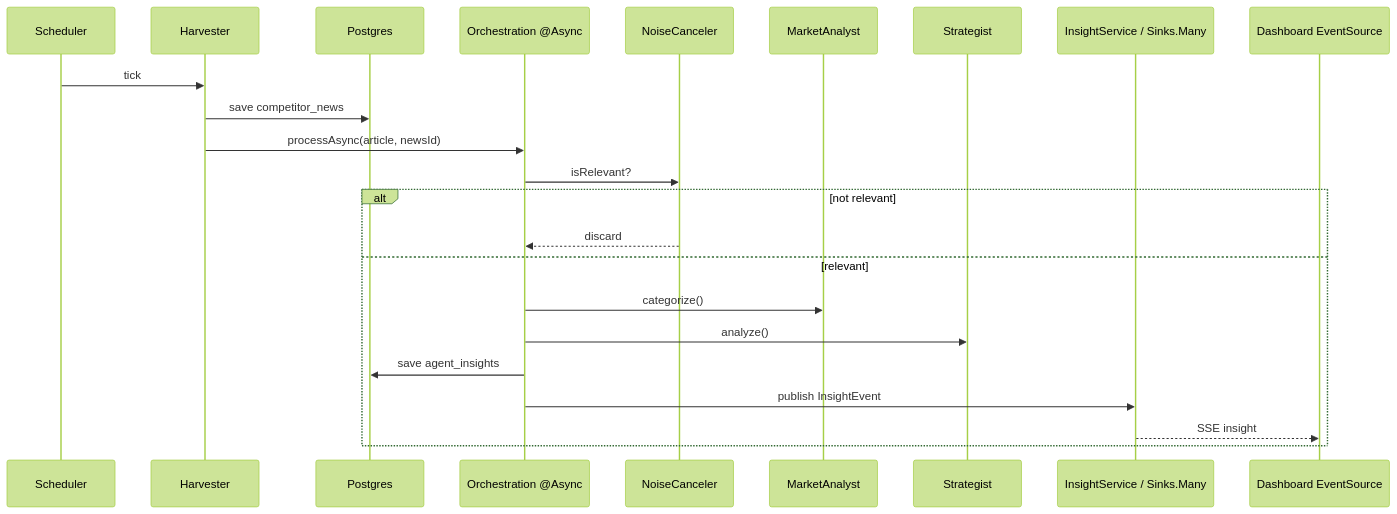
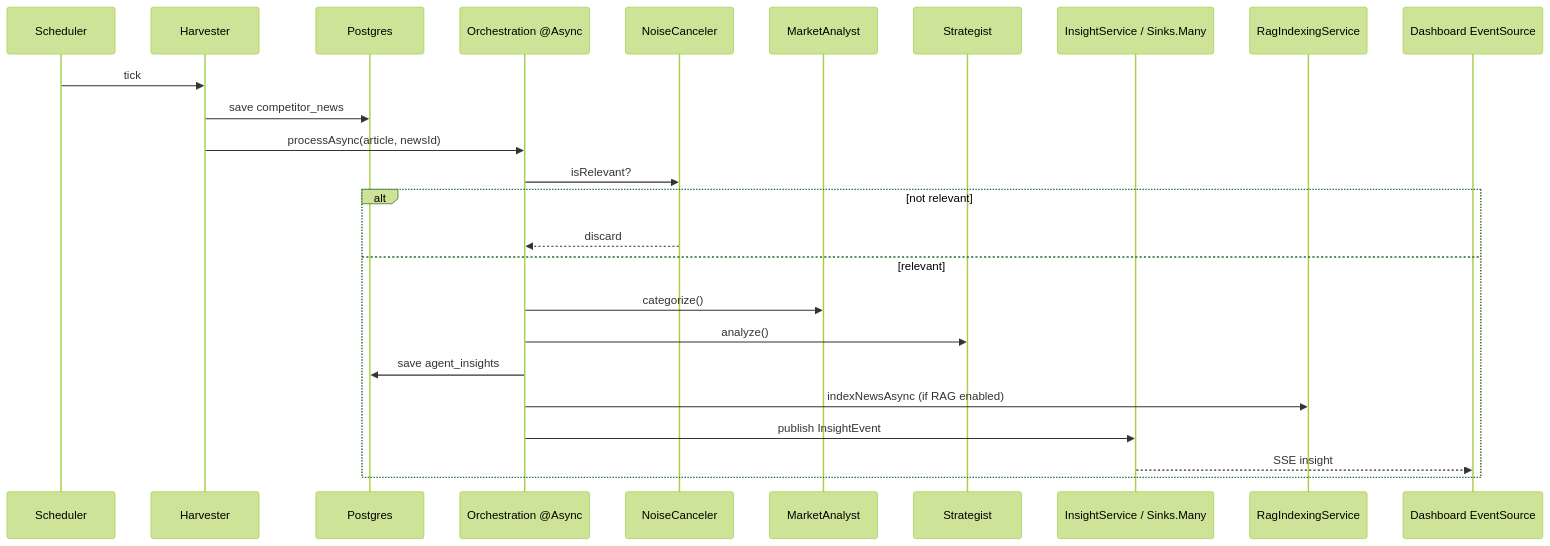
One commit to vishtechie07/aegis-intelligence-dashboard changed the fourth of 7 diagrams in README.md. Above: the diagram before and after it, drawn with Mermaid (forest theme). The commit also changed other lines of this file, not shown here.

First line of the commit message:
docs: align README intro and architecture with RAG capabilities

````diff
--- a/README.md
+++ b/README.md
@@ -204,26 +218,28 @@
 ```mermaid
 sequenceDiagram
   participant Cron as Scheduler
   participant Harv as Harvester
   participant DB as Postgres
   participant Orch as Orchestration @Async
   participant N as NoiseCanceler
   participant M as MarketAnalyst
   participant S as Strategist
   participant Sink as InsightService / Sinks.Many
+  participant RAG as RagIndexingService
   participant Client as Dashboard EventSource
 
   Cron->>Harv: tick
   Harv->>DB: save competitor_news
   Harv->>Orch: processAsync(article, newsId)
   Orch->>N: isRelevant?
   alt not relevant
     N-->>Orch: discard
   else relevant
     Orch->>M: categorize()
     Orch->>S: analyze()
     Orch->>DB: save agent_insights
+    Orch->>RAG: indexNewsAsync (if RAG enabled)
     Orch->>Sink: publish InsightEvent
     Sink-->>Client: SSE insight
   end
 ```
````
